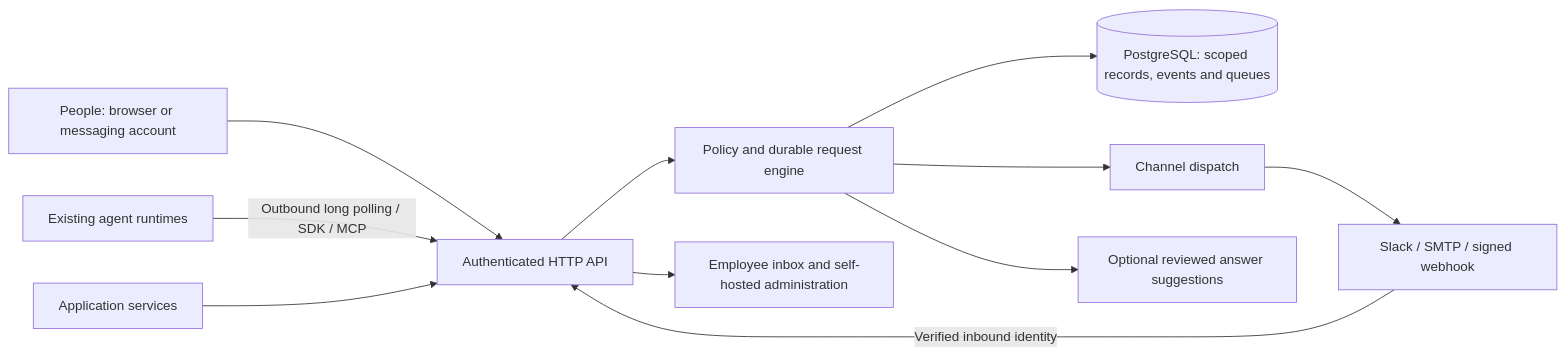
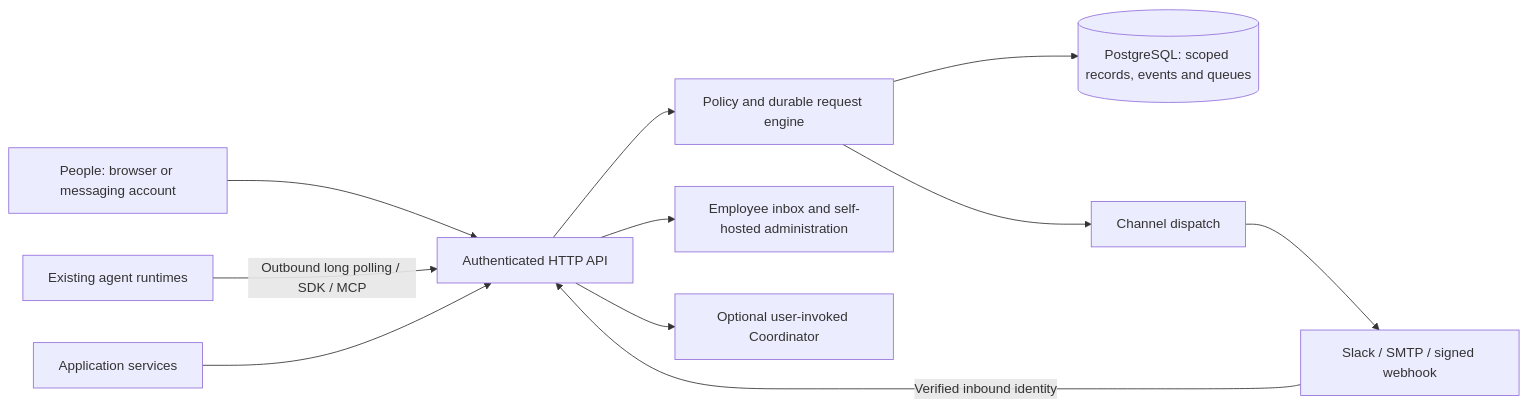
One commit to beepgrid/beepgrid changed the diagram in docs/ARCHITECTURE.md. Above: the diagram before and after it, drawn with Mermaid. The commit also changed other lines of this file and 95 other files, not shown here.

````diff
--- a/docs/ARCHITECTURE.md
+++ b/docs/ARCHITECTURE.md
@@ -5,13 +5,13 @@
 ```mermaid
 flowchart LR
     P[People: browser or messaging account] --> H[Authenticated HTTP API]
     A[Existing agent runtimes] -->|Outbound long polling / SDK / MCP| H
     S[Application services] --> H
     H --> E[Policy and durable request engine]
     E --> DB[(PostgreSQL: scoped records, events and queues)]
     E --> C[Channel dispatch]
     C --> X[Slack / SMTP / signed webhook]
     X -->|Verified inbound identity| H
     H --> I[Employee inbox and self-hosted administration]
-    E --> K[Optional reviewed answer suggestions]
+    H --> K[Optional user-invoked Coordinator]
 ```
````
